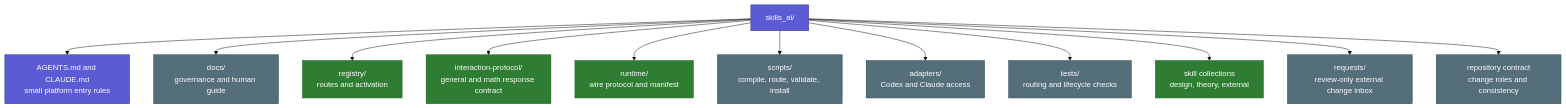
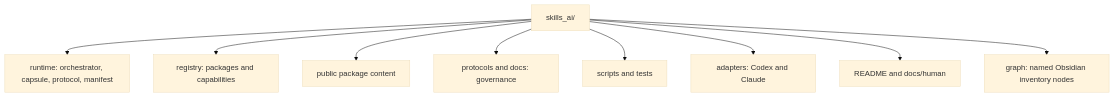
One commit to geekybobz/skills_ai changed the first of 2 diagrams in docs/human/02_FOLDER_AND_PLATFORMS.md. Above: the diagram before and after it, drawn with Mermaid (base theme). The commit also changed other lines of this file and 173 other files, not shown here.

Commit message:
Record current model-led orchestrator and clean repository documentation

````diff
--- a/docs/human/02_FOLDER_AND_PLATFORMS.md
+++ b/docs/human/02_FOLDER_AND_PLATFORMS.md
@@ -13,21 +13,11 @@
 ```mermaid
 flowchart TD
-    ROOT["skills_ai/"] --> ENTRY["AGENTS.md and CLAUDE.md<br/>small platform entry rules"]
-    ROOT --> DOCS["docs/<br/>governance and human guide"]
-    ROOT --> REG["registry/<br/>routes and activation"]
-    ROOT --> IP["interaction-protocol/<br/>general and math response contract"]
-    ROOT --> RUN["runtime/<br/>wire protocol and manifest"]
-    ROOT --> SCRIPT["scripts/<br/>compile, route, validate, install"]
-    ROOT --> ADAPT["adapters/<br/>Codex and Claude access"]
-    ROOT --> TEST["tests/<br/>routing and lifecycle checks"]
-    ROOT --> SKILLS["skill collections<br/>design, theory, external"]
-    ROOT --> REQ["requests/<br/>review-only external change inbox"]
-    ROOT --> CONTRACT["repository contract<br/>change roles and consistency"]
-
-    classDef entry fill:#5B5BD6,color:#fff,stroke:#32327A
-    classDef source fill:#2E7D32,color:#fff,stroke:#1B5E20
-    classDef support fill:#546E7A,color:#fff,stroke:#29434E
-    class ROOT,ENTRY entry
-    class REG,IP,RUN,SKILLS source
-    class DOCS,SCRIPT,ADAPT,TEST,REQ,CONTRACT support
+    ROOT["skills_ai/"] --> RUN["runtime: orchestrator, capsule, protocol, manifest"]
+    ROOT --> REG["registry: packages and capabilities"]
+    ROOT --> PKG["public package content"]
+    ROOT --> GOV["protocols and docs: governance"]
+    ROOT --> TOOL["scripts and tests"]
+    ROOT --> HOST["adapters: Codex and Claude"]
+    ROOT --> HUMAN["README and docs/human"]
+    ROOT --> GRAPH["graph: named Obsidian inventory nodes"]
 ```
````
